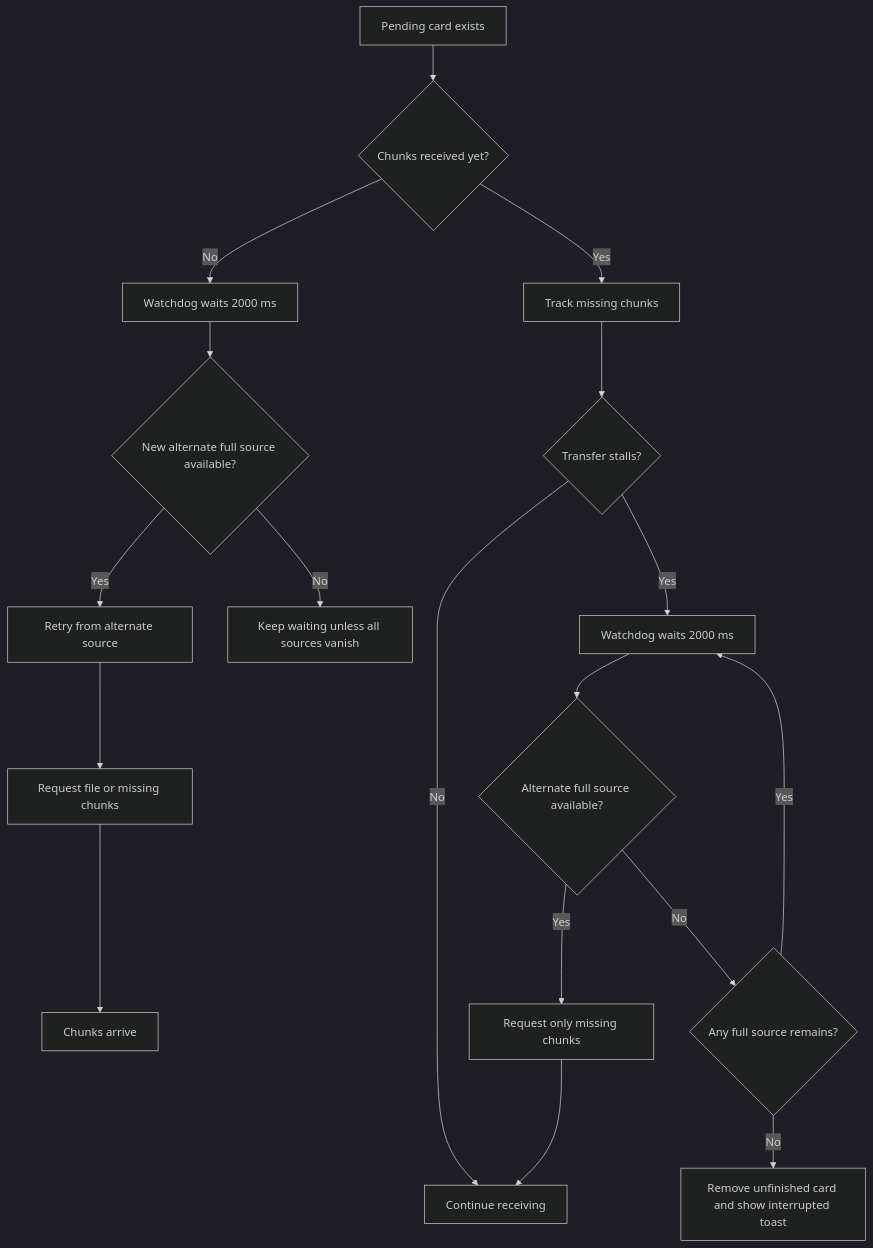
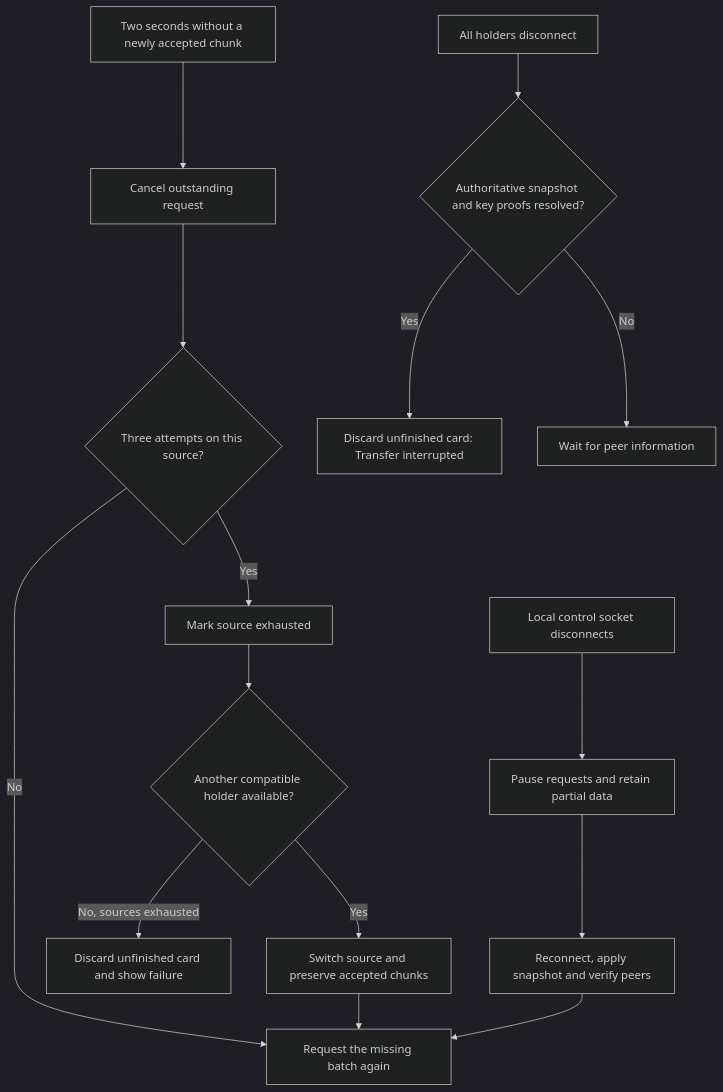
Before and after one commit to fhorinek/ClipShare: the second of 2 diagrams in docs/card-receive-flow.md, drawn with Mermaid (dark theme). The commit also changed other lines of this file and 10 other files, not shown here.

````diff
--- a/docs/card-receive-flow.md
+++ b/docs/card-receive-flow.md
@@ -44,22 +31,17 @@
 ```mermaid
 flowchart TD
-  A[Pending card exists] --> B{Chunks received yet?}
-
-  B -- No --> C[Watchdog waits 2000 ms]
-  C --> D{New alternate full source available?}
-  D -- Yes --> E[Retry from alternate source]
-  E --> F[Request file or missing chunks]
-  F --> G[Chunks arrive]
-  D -- No --> H[Keep waiting unless all sources vanish]
-
-  B -- Yes --> I[Track missing chunks]
-  I --> J{Transfer stalls?}
-  J -- No --> K[Continue receiving]
-  J -- Yes --> L[Watchdog waits 2000 ms]
-  L --> M{Alternate full source available?}
-  M -- Yes --> N[Request only missing chunks]
-  N --> K
-  M -- No --> O{Any full source remains?}
-  O -- Yes --> L
-  O -- No --> P[Remove unfinished card and show interrupted toast]
+  A[Two seconds without a newly accepted chunk] --> B[Cancel outstanding request]
+  B --> C{Three attempts on this source?}
+  C -- No --> D[Request the missing batch again]
+  C -- Yes --> E[Mark source exhausted]
+  E --> F{Another compatible holder available?}
+  F -- Yes --> G[Switch source and preserve accepted chunks]
+  G --> D
+  F -- No, sources exhausted --> H[Discard unfinished card and show failure]
+  I[All holders disconnect] --> J{Authoritative snapshot and key proofs resolved?}
+  J -- Yes --> K[Discard unfinished card: Transfer interrupted]
+  J -- No --> L[Wait for peer information]
+  M[Local control socket disconnects] --> N[Pause requests and retain partial data]
+  N --> O[Reconnect, apply snapshot and verify peers]
+  O --> D
 ```
````
